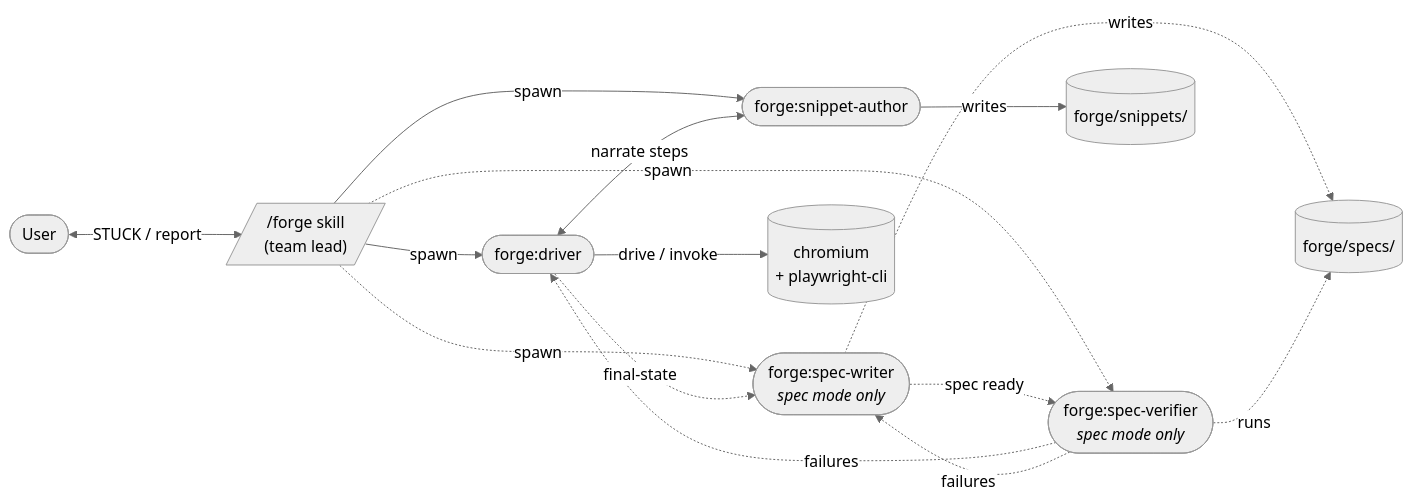
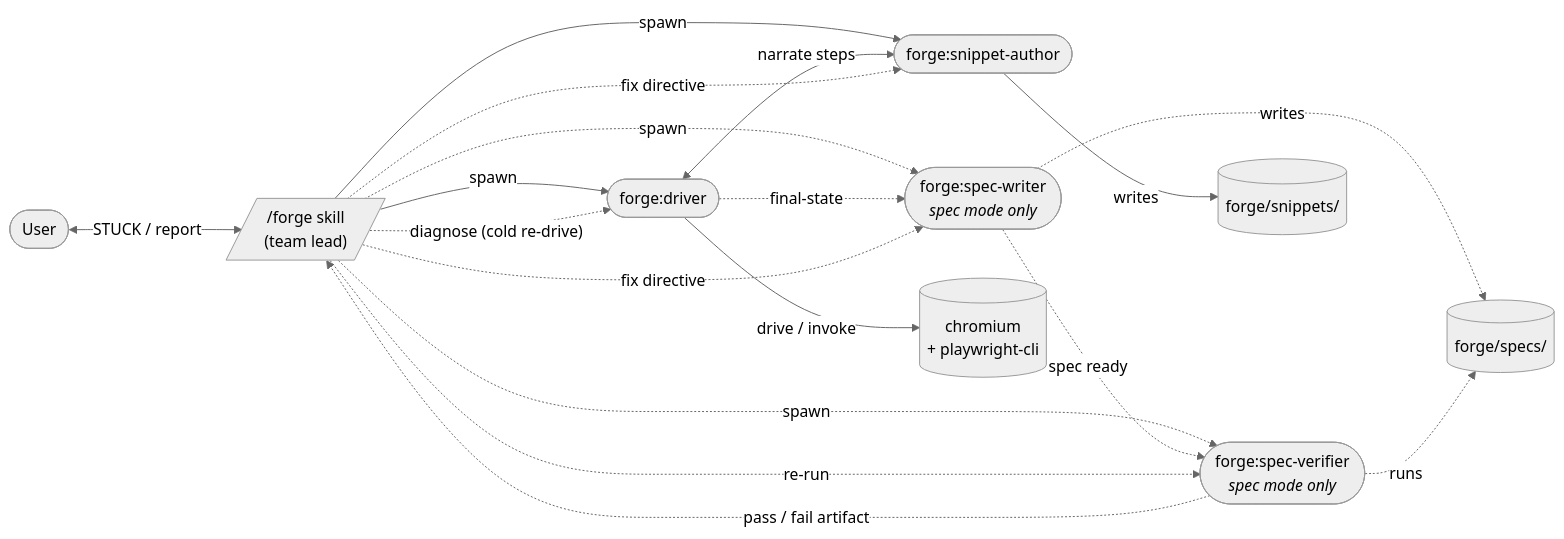
The diagram in README.md (vivecuervo7/forge), drawn with Mermaid (neutral theme) before and after one commit. The commit also changed other lines of this file and 17 other files, not shown here.

````diff
--- a/README.md
+++ b/README.md
@@ -132,29 +140,32 @@
 ```mermaid
 flowchart LR
     User([User])
     Lead[/"/forge skill<br/>(team lead)"/]
     Driver(["forge:driver"])
     Author(["forge:snippet-author"])
     Writer(["forge:spec-writer<br/><i>spec mode only</i>"])
     Verifier(["forge:spec-verifier<br/><i>spec mode only</i>"])
     Chrome[("chromium<br/>+ playwright-cli")]
     Snippets[("forge/snippets/")]
     Specs[("forge/specs/")]
 
     User <-->|"STUCK / report"| Lead
     Lead -->|spawn| Driver
     Lead -->|spawn| Author
     Lead -.->|spawn| Writer
     Lead -.->|spawn| Verifier
 
     Driver <-->|"narrate steps"| Author
     Driver -.->|"final-state"| Writer
     Writer -.->|"spec ready"| Verifier
-    Verifier -.->|"failures"| Driver
-    Verifier -.->|"failures"| Writer
+    Verifier -.->|"pass / fail artifact"| Lead
+    Lead -.->|"diagnose (cold re-drive)"| Driver
+    Lead -.->|"fix directive"| Writer
+    Lead -.->|"fix directive"| Author
+    Lead -.->|"re-run"| Verifier
 
     Driver -->|"drive / invoke"| Chrome
     Author -->|writes| Snippets
     Writer -.->|writes| Specs
     Verifier -.->|runs| Specs
 ```
````
